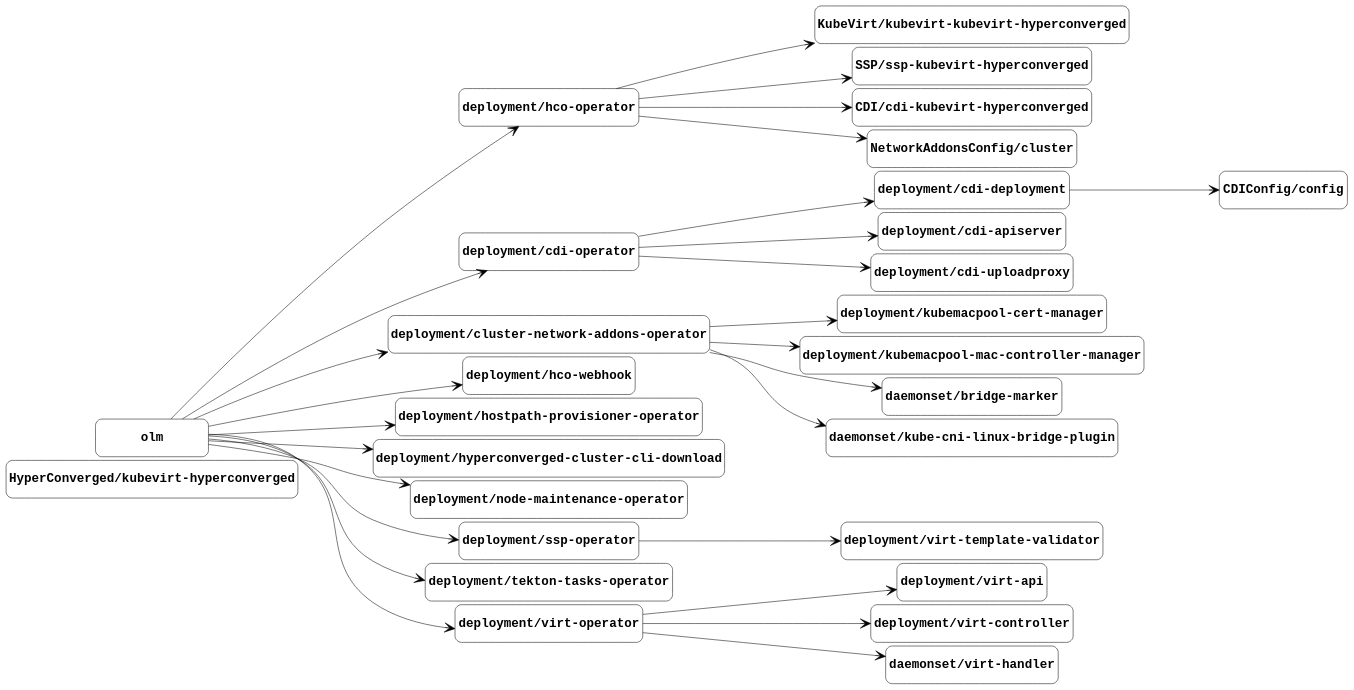
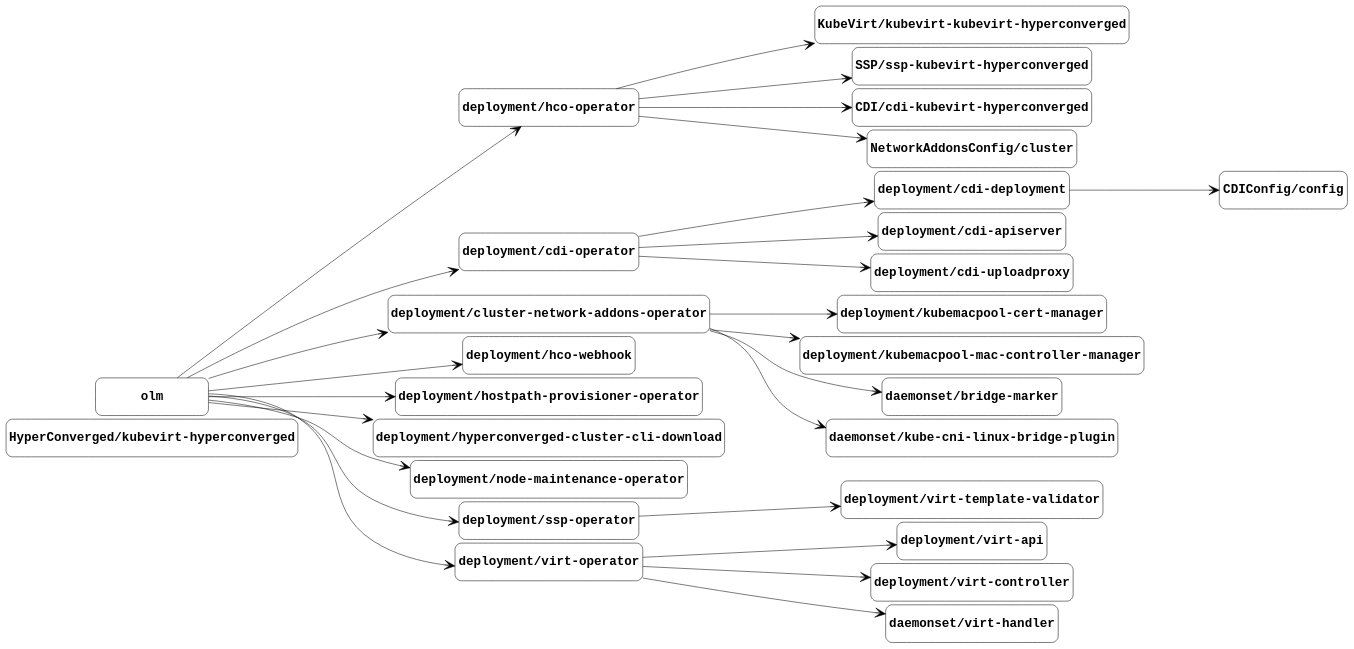
One commit to kubevirt/kubevirt changed the diagram in docs/managed-by.gv. Above: the diagram before and after it, drawn with Graphviz. The commit also changed 3 other files, not shown here.

Commit message:
Update component graphs from the nightly job (#1880)

```diff
--- a/docs/managed-by.gv
+++ b/docs/managed-by.gv
@@ -1,84 +1,81 @@
 digraph "managed-by" {
 	graph [center=true margin=0.2 nodesep=0.1 rankdir=LR ranksep=2]
 	node [fontname="Courier-Bold" fontsize=24 height=1 shape=box style=rounded width=3]
 	edge [arrowhead=vee arrowsize=2]
 	"HyperConverged/kubevirt-hyperconverged" [label="HyperConverged/kubevirt-hyperconverged"]
 	"KubeVirt/kubevirt-kubevirt-hyperconverged" [label="KubeVirt/kubevirt-kubevirt-hyperconverged"]
 	"deployment/hco-operator" [label="deployment/hco-operator"]
 	"deployment/hco-operator" -> "KubeVirt/kubevirt-kubevirt-hyperconverged"
 	"SSP/ssp-kubevirt-hyperconverged" [label="SSP/ssp-kubevirt-hyperconverged"]
 	"deployment/hco-operator" [label="deployment/hco-operator"]
 	"deployment/hco-operator" -> "SSP/ssp-kubevirt-hyperconverged"
 	"CDI/cdi-kubevirt-hyperconverged" [label="CDI/cdi-kubevirt-hyperconverged"]
 	"deployment/hco-operator" [label="deployment/hco-operator"]
 	"deployment/hco-operator" -> "CDI/cdi-kubevirt-hyperconverged"
 	"CDIConfig/config" [label="CDIConfig/config"]
 	"deployment/cdi-deployment" [label="deployment/cdi-deployment"]
 	"deployment/cdi-deployment" -> "CDIConfig/config"
 	"NetworkAddonsConfig/cluster" [label="NetworkAddonsConfig/cluster"]
 	"deployment/hco-operator" [label="deployment/hco-operator"]
 	"deployment/hco-operator" -> "NetworkAddonsConfig/cluster"
 	"deployment/cdi-apiserver" [label="deployment/cdi-apiserver"]
 	"deployment/cdi-operator" [label="deployment/cdi-operator"]
 	"deployment/cdi-operator" -> "deployment/cdi-apiserver"
 	"deployment/cdi-deployment" [label="deployment/cdi-deployment"]
 	"deployment/cdi-operator" [label="deployment/cdi-operator"]
 	"deployment/cdi-operator" -> "deployment/cdi-deployment"
 	"deployment/cdi-operator" [label="deployment/cdi-operator"]
 	olm [label=olm]
 	olm -> "deployment/cdi-operator"
 	"deployment/cdi-uploadproxy" [label="deployment/cdi-uploadproxy"]
 	"deployment/cdi-operator" [label="deployment/cdi-operator"]
 	"deployment/cdi-operator" -> "deployment/cdi-uploadproxy"
 	"deployment/cluster-network-addons-operator" [label="deployment/cluster-network-addons-operator"]
 	olm [label=olm]
 	olm -> "deployment/cluster-network-addons-operator"
 	"deployment/hco-operator" [label="deployment/hco-operator"]
 	olm [label=olm]
 	olm -> "deployment/hco-operator"
 	"deployment/hco-webhook" [label="deployment/hco-webhook"]
 	olm [label=olm]
 	olm -> "deployment/hco-webhook"
 	"deployment/hostpath-provisioner-operator" [label="deployment/hostpath-provisioner-operator"]
 	olm [label=olm]
 	olm -> "deployment/hostpath-provisioner-operator"
 	"deployment/hyperconverged-cluster-cli-download" [label="deployment/hyperconverged-cluster-cli-download"]
 	olm [label=olm]
 	olm -> "deployment/hyperconverged-cluster-cli-download"
 	"deployment/kubemacpool-cert-manager" [label="deployment/kubemacpool-cert-manager"]
 	"deployment/cluster-network-addons-operator" [label="deployment/cluster-network-addons-operator"]
 	"deployment/cluster-network-addons-operator" -> "deployment/kubemacpool-cert-manager"
 	"deployment/kubemacpool-mac-controller-manager" [label="deployment/kubemacpool-mac-controller-manager"]
 	"deployment/cluster-network-addons-operator" [label="deployment/cluster-network-addons-operator"]
 	"deployment/cluster-network-addons-operator" -> "deployment/kubemacpool-mac-controller-manager"
 	"deployment/node-maintenance-operator" [label="deployment/node-maintenance-operator"]
 	olm [label=olm]
 	olm -> "deployment/node-maintenance-operator"
 	"deployment/ssp-operator" [label="deployment/ssp-operator"]
 	olm [label=olm]
 	olm -> "deployment/ssp-operator"
-	"deployment/tekton-tasks-operator" [label="deployment/tekton-tasks-operator"]
-	olm [label=olm]
-	olm -> "deployment/tekton-tasks-operator"
 	"deployment/virt-api" [label="deployment/virt-api"]
 	"deployment/virt-operator" [label="deployment/virt-operator"]
 	"deployment/virt-operator" -> "deployment/virt-api"
 	"deployment/virt-controller" [label="deployment/virt-controller"]
 	"deployment/virt-operator" [label="deployment/virt-operator"]
 	"deployment/virt-operator" -> "deployment/virt-controller"
 	"deployment/virt-operator" [label="deployment/virt-operator"]
 	olm [label=olm]
 	olm -> "deployment/virt-operator"
 	"deployment/virt-template-validator" [label="deployment/virt-template-validator"]
 	"deployment/ssp-operator" [label="deployment/ssp-operator"]
 	"deployment/ssp-operator" -> "deployment/virt-template-validator"
 	"daemonset/bridge-marker" [label="daemonset/bridge-marker"]
 	"deployment/cluster-network-addons-operator" [label="deployment/cluster-network-addons-operator"]
 	"deployment/cluster-network-addons-operator" -> "daemonset/bridge-marker"
 	"daemonset/kube-cni-linux-bridge-plugin" [label="daemonset/kube-cni-linux-bridge-plugin"]
 	"deployment/cluster-network-addons-operator" [label="deployment/cluster-network-addons-operator"]
 	"deployment/cluster-network-addons-operator" -> "daemonset/kube-cni-linux-bridge-plugin"
 	"daemonset/virt-handler" [label="daemonset/virt-handler"]
 	"deployment/virt-operator" [label="deployment/virt-operator"]
 	"deployment/virt-operator" -> "daemonset/virt-handler"
 }
```
